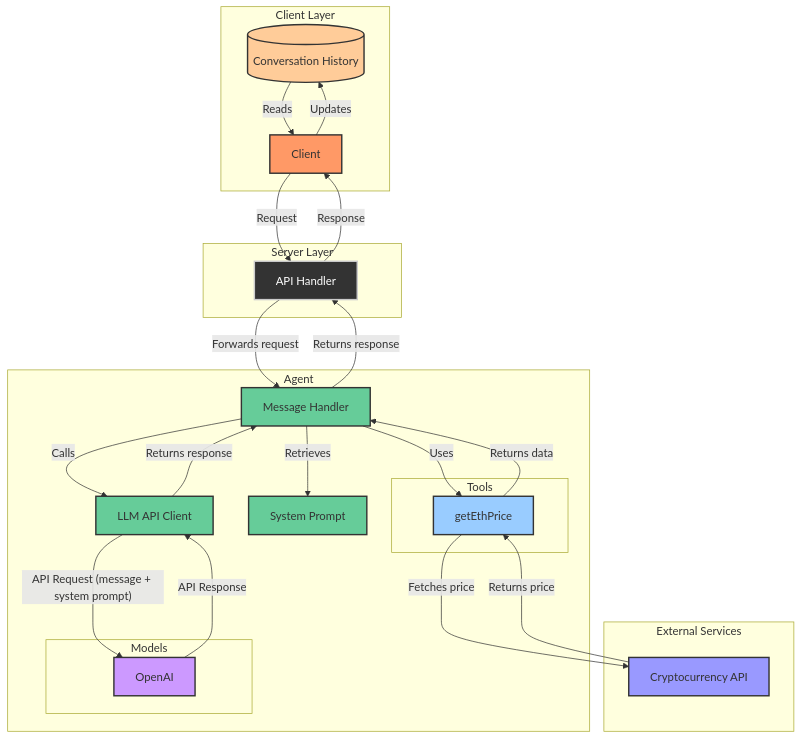
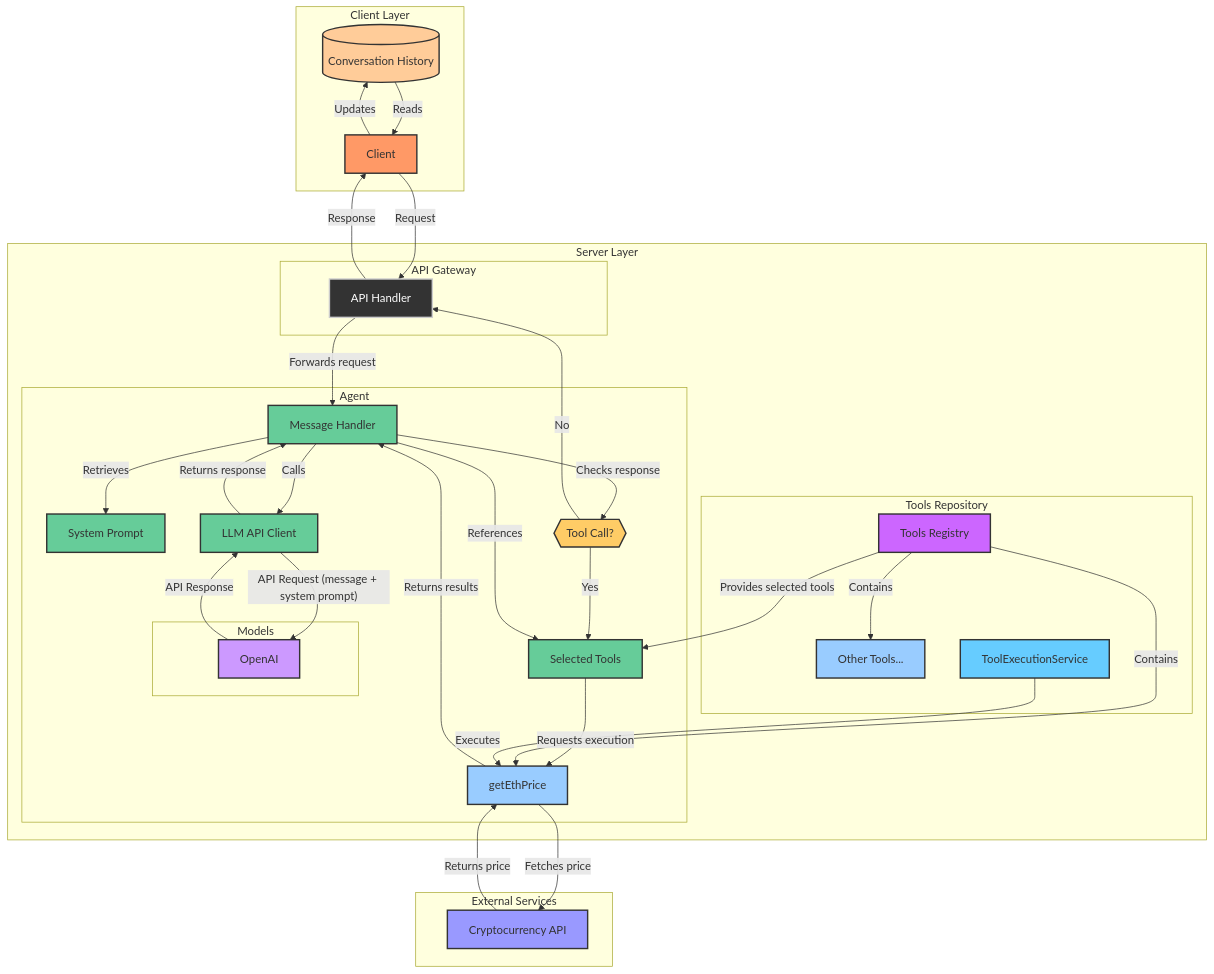
The diagram in server/lib/levels/flowcharts/level04.md (motechFR/ai-agents-demo), drawn with Mermaid before and after one commit. The commit also changed 24 other files, not shown here.

````diff
--- a/server/lib/levels/flowcharts/level04.md
+++ b/server/lib/levels/flowcharts/level04.md
@@ -7,36 +7,51 @@
         ConversationHistory -- "Reads" --> Client
     end
 
+
     subgraph Server Layer
-        APIHandler["API Handler"]
-    end
-    
-    subgraph Agent
-        MessageHandler["Message Handler"]
-        SystemPrompt["System Prompt"]
-        LLMClient["LLM API Client"]
-        
-        subgraph Tools
-            GetEthPrice["getEthPrice"]
+        subgraph API Gateway
+            APIHandler["API Handler"]
+        end
+
+         subgraph Agent
+            MessageHandler["Message Handler"]
+            SystemPrompt["System Prompt"]
+            LLMClient["LLM API Client"]
+            SelectedTools["Selected Tools"]
+            ToolCallTest{{"Tool Call?"}}
+            
+            subgraph Models
+                OpenAI["OpenAI"]
+            end
+            
+            MessageHandler -- "Retrieves" --> SystemPrompt
+            MessageHandler -- "Calls" --> LLMClient
+            LLMClient -- "API Request (message + system prompt)" --> OpenAI
+            OpenAI -- "API Response" --> LLMClient
+            LLMClient -- "Returns response" --> MessageHandler
+            MessageHandler -- "Checks response" --> ToolCallTest
+            ToolCallTest -- "Yes" --> SelectedTools
+            ToolCallTest -- "No" --> APIHandler
+            MessageHandler -- "References" --> SelectedTools
+            SelectedTools -- "Requests execution" --> GetEthPrice
+            GetEthPrice -- "Returns results" --> MessageHandler
         end
         
-        subgraph Models
-            OpenAI["OpenAI"]
+        subgraph Tools Repository
+            ToolsRegistry["Tools Registry"]
+            GetEthPrice["getEthPrice"]
+            OtherTools["Other Tools..."]
+            
+            ToolsRegistry -- "Contains" --> GetEthPrice
+            ToolsRegistry -- "Contains" --> OtherTools
+            ToolExecutionService -- "Executes" --> GetEthPrice
         end
-        
-        MessageHandler -- "Retrieves" --> SystemPrompt
-        MessageHandler -- "Calls" --> LLMClient
-        MessageHandler -- "Uses" --> GetEthPrice
-        GetEthPrice -- "Returns data" --> MessageHandler
-        LLMClient -- "API Request (message + system prompt)" --> OpenAI
-        OpenAI -- "API Response" --> LLMClient
-        LLMClient -- "Returns response" --> MessageHandler
     end
 
     Client -- "Request" --> APIHandler
     APIHandler -- "Forwards request" --> MessageHandler
-    MessageHandler -- "Returns response" --> APIHandler
     APIHandler -- "Response" --> Client
+    ToolsRegistry -- "Provides selected tools" --> SelectedTools
 
     subgraph External Services
         CoinAPI["Cryptocurrency API"]
@@ -51,12 +66,19 @@
     classDef agentStyle fill:#6c9,stroke:#333,stroke-width:2px;
     classDef toolStyle fill:#9cf,stroke:#333,stroke-width:2px;
     classDef modelStyle fill:#c9f,stroke:#333,stroke-width:2px;
+    classDef repositoryStyle fill:#c6f,stroke:#333,stroke-width:2px;
+    classDef executionStyle fill:#6cf,stroke:#333,stroke-width:2px;
+    classDef decisionStyle fill:#fc6,stroke:#333,stroke-width:2px;
+
 
     class Client clientStyle;
     class APIHandler serverStyle;
-    class MessageHandler,SystemPrompt,LLMClient agentStyle;
-    class GetEthPrice toolStyle;
+    class MessageHandler,SystemPrompt,LLMClient,SelectedTools agentStyle;
+    class GetEthPrice,OtherTools toolStyle;
     class OpenAI modelStyle;
     class CoinAPI externalStyle;
     class ConversationHistory historyStyle;
+    class ToolsRegistry repositoryStyle;
+    class ToolExecutionService executionStyle;
+    class ToolCallTest decisionStyle;
 ```
````
